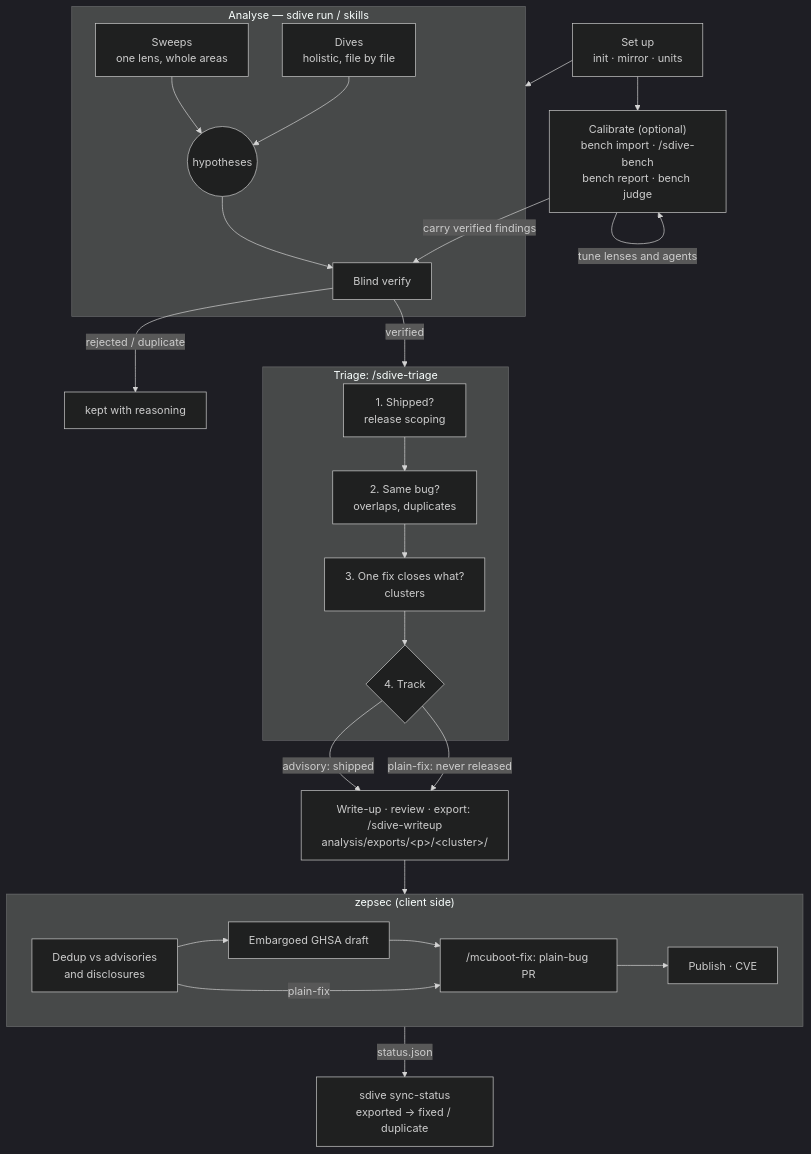
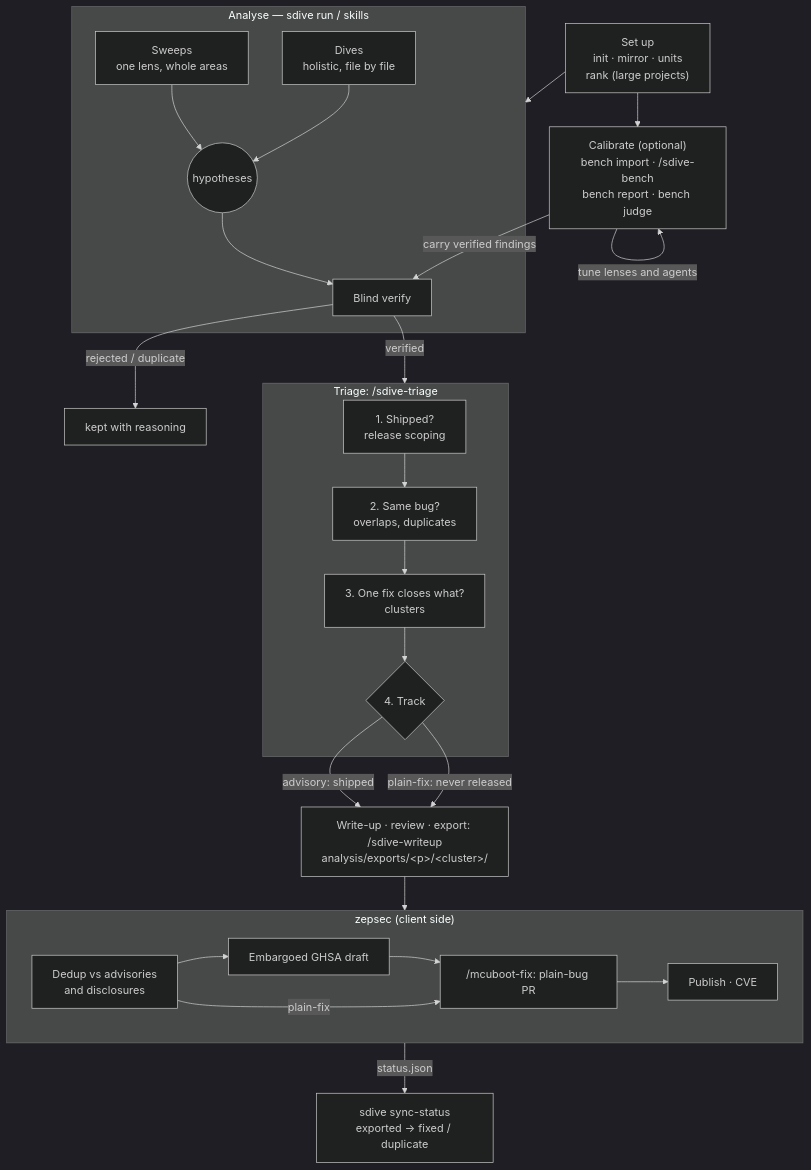
The diagram in process.md (ceolin/sdive), drawn with Mermaid (dark theme) before and after one commit. The commit also changed other lines of this file and 19 other files, not shown here.

````diff
--- a/process.md
+++ b/process.md
@@ -51,35 +55,35 @@
 ```mermaid
 flowchart TD
-    setup["Set up<br/>init · mirror · units"] --> bench
+    setup["Set up<br/>init · mirror · units<br/>rank (large projects)"] --> bench
     setup --> analyse
     bench["Calibrate (optional)<br/>bench import · /sdive-bench<br/>bench report · bench judge"] -->|tune lenses and agents| bench
     bench -->|carry verified findings| verify
 
     subgraph analyse ["Analyse — sdive run / skills"]
         sweep["Sweeps<br/>one lens, whole areas"] --> hyp((hypotheses))
         dive["Dives<br/>holistic, file by file"] --> hyp
         hyp --> verify["Blind verify"]
     end
 
     verify -->|rejected / duplicate| done1[kept with reasoning]
     verify -->|verified| triage
 
     subgraph triage ["Triage: /sdive-triage"]
         scope["1. Shipped?<br/>release scoping"] --> dup["2. Same bug?<br/>overlaps, duplicates"]
         dup --> cluster["3. One fix closes what?<br/>clusters"]
         cluster --> track{"4. Track"}
     end
 
     track -->|advisory: shipped| export
     track -->|plain-fix: never released| export
     export["Write-up · review · export: /sdive-writeup<br/>analysis/exports/&lt;p&gt;/&lt;cluster&gt;/"] --> zepsec
 
     subgraph zepsec ["zepsec (client side)"]
         dedup["Dedup vs advisories<br/>and disclosures"] --> ghsa["Embargoed GHSA draft"]
         ghsa --> fix["/mcuboot-fix: plain-bug PR"]
         dedup -->|plain-fix| fix
         fix --> pub["Publish · CVE"]
     end
 
     zepsec -->|status.json| back["sdive sync-status<br/>exported → fixed / duplicate"]
 ```
````
